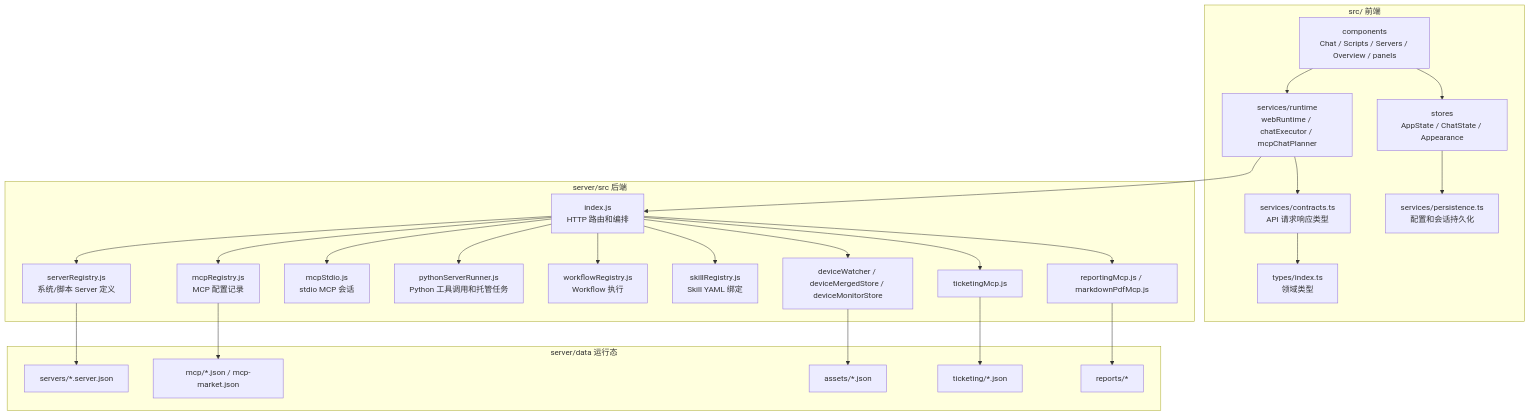
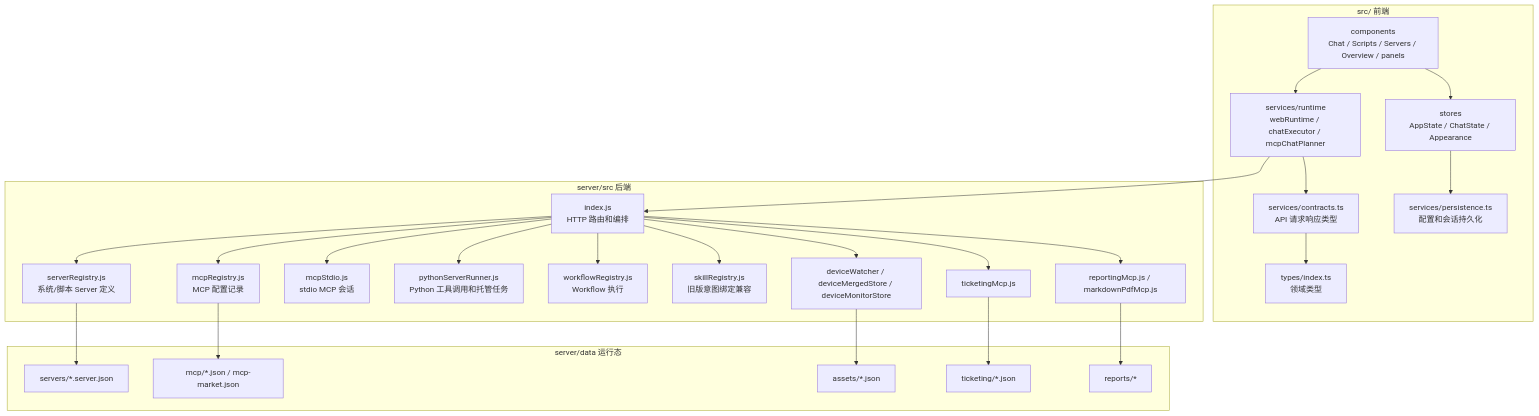
Before and after one commit to MeG-lab/OpsDog-web: the second of 7 diagrams in docs/PROJECT_STRUCTURE.md, drawn with Mermaid. The commit also changed other lines of this file and 28 other files, not shown here.

Commit message:
feat: add skill package registry workflow

````diff
--- a/docs/PROJECT_STRUCTURE.md
+++ b/docs/PROJECT_STRUCTURE.md
@@ -106,53 +106,53 @@
 ```mermaid
 flowchart TB
   subgraph Frontend["src/ 前端"]
     UI["components<br/>Chat / Scripts / Servers / Overview / panels"]
     Store["stores<br/>AppState / ChatState / Appearance"]
     Runtime["services/runtime<br/>webRuntime / chatExecutor / mcpChatPlanner"]
     Contracts["services/contracts.ts<br/>API 请求响应类型"]
     Persistence["services/persistence.ts<br/>配置和会话持久化"]
     Types["types/index.ts<br/>领域类型"]
   end
 
   subgraph Backend["server/src 后端"]
     Http["index.js<br/>HTTP 路由和编排"]
     ServerRegistry["serverRegistry.js<br/>系统/脚本 Server 定义"]
     McpRegistry["mcpRegistry.js<br/>MCP 配置记录"]
     McpStdio["mcpStdio.js<br/>stdio MCP 会话"]
     PythonRunner["pythonServerRunner.js<br/>Python 工具调用和托管任务"]
     Workflow["workflowRegistry.js<br/>Workflow 执行"]
-    SkillRegistry["skillRegistry.js<br/>Skill YAML 绑定"]
+    SkillRegistry["skillRegistry.js<br/>旧版意图绑定兼容"]
     Device["deviceWatcher / deviceMergedStore / deviceMonitorStore"]
     Ticketing["ticketingMcp.js"]
     Reporting["reportingMcp.js / markdownPdfMcp.js"]
   end
 
   subgraph RuntimeData["server/data 运行态"]
     ServerData["servers/*.server.json"]
     McpData["mcp/*.json / mcp-market.json"]
     AssetData["assets/*.json"]
     TicketData["ticketing/*.json"]
     ReportData["reports/*"]
   end
 
   UI --> Store
   UI --> Runtime
   Store --> Persistence
   Runtime --> Contracts
   Runtime --> Http
   Contracts --> Types
   Http --> ServerRegistry
   Http --> McpRegistry
   Http --> McpStdio
   Http --> PythonRunner
   Http --> Workflow
   Http --> SkillRegistry
   Http --> Device
   Http --> Ticketing
   Http --> Reporting
   ServerRegistry --> ServerData
   McpRegistry --> McpData
   Device --> AssetData
   Ticketing --> TicketData
   Reporting --> ReportData
 ```
````
